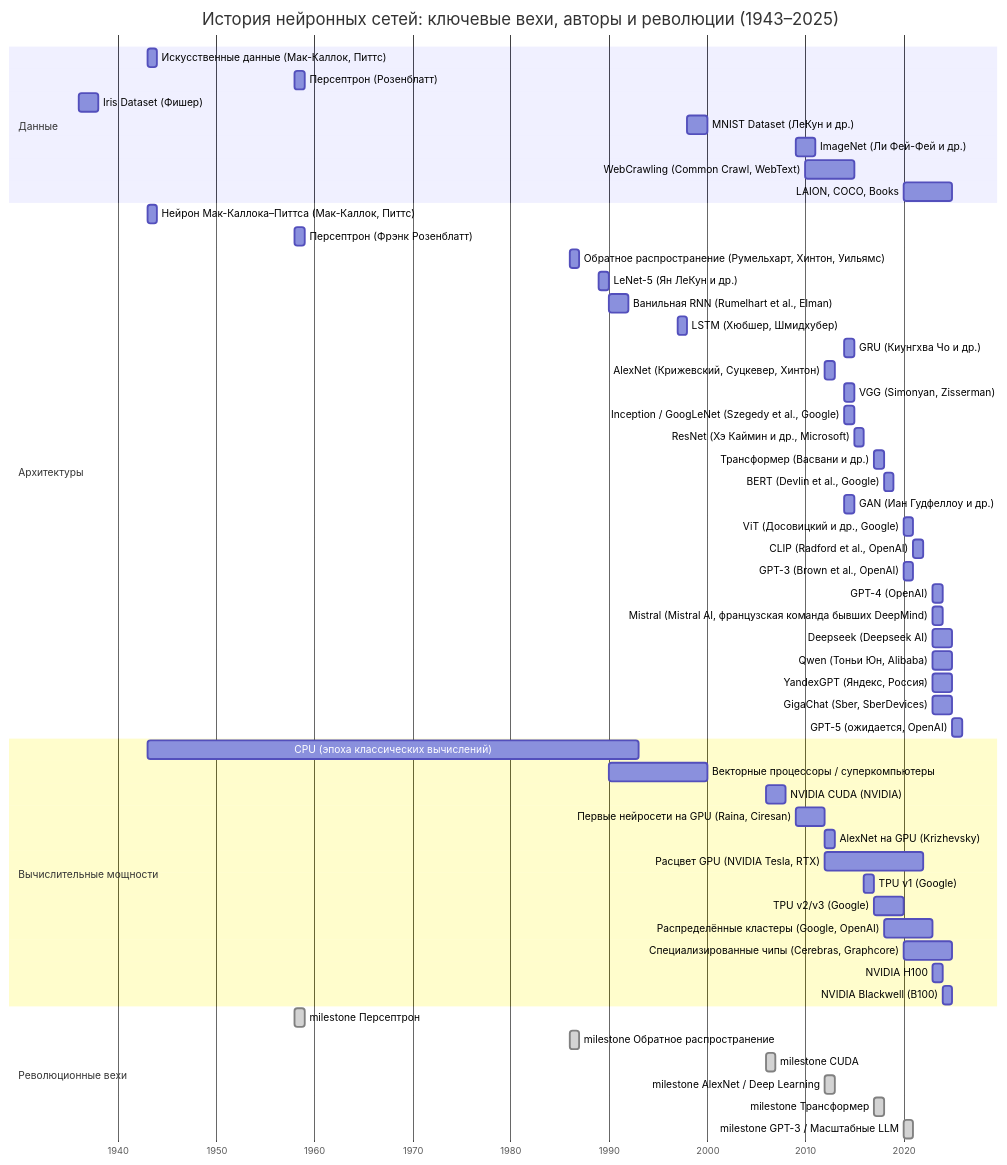
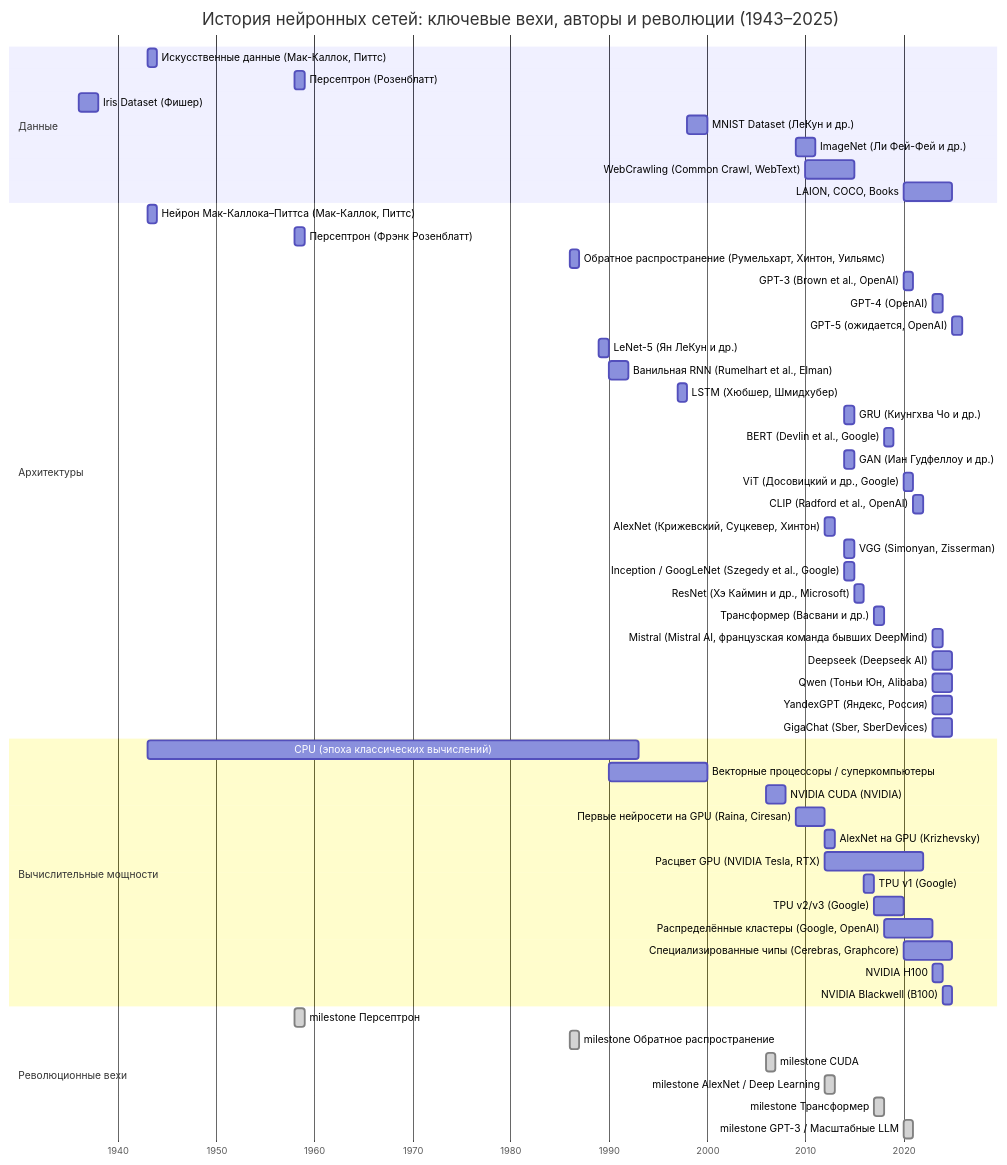
One commit to dayekb/markdown_mermaid_test changed the diagram in mermaid/gant_1.md. Above: the diagram before and after it, drawn with Mermaid.

````diff
--- a/mermaid/gant_1.md
+++ b/mermaid/gant_1.md
@@ -1,65 +1,69 @@
 ```mermaid 
 
 
 gantt
     title История нейронных сетей: ключевые вехи, авторы и революции (1943–2025)
     dateFormat  YYYY
     axisFormat %Y
     section Данные
     Искусственные данные (Мак-Каллок, Питтс) : 1943, 1y
     Персептрон (Розенблатт) : 1958, 1y
     Iris Dataset (Фишер) : 1936, 2y
     MNIST Dataset (ЛеКун и др.) : 1998, 2y
     ImageNet (Ли Фей-Фей и др.) : 2009, 2y
     WebCrawling (Common Crawl, WebText) : 2010, 5y
     LAION, COCO, Books : 2020, 5y
 
     section Архитектуры
     Нейрон Мак-Каллока–Питтса (Мак-Каллок, Питтс) : 1943, 1y
     Персептрон (Фрэнк Розенблатт) : 1958, 1y
     Обратное распространение (Румельхарт, Хинтон, Уильямс) : 1986, 1y
+    GPT-3 (Brown et al., OpenAI) : 2020, 1y
+    GPT-4 (OpenAI) : 2023, 1y
+    GPT-5 (ожидается, OpenAI) : 2025, 1y
     LeNet-5 (Ян ЛеКун и др.) : 1989, 1y
     Ванильная RNN (Rumelhart et al., Elman) : 1990, 2y
     LSTM (Хюбшер, Шмидхубер) : 1997, 1y
     GRU (Киунгхва Чо и др.) : 2014, 1y
+
+    BERT (Devlin et al., Google) : 2018, 1y
+    GAN (Иан Гудфеллоу и др.) : 2014, 1y
+    ViT (Досовицкий и др., Google) : 2020, 1y
+    CLIP (Radford et al., OpenAI) : 2021, 1y
     AlexNet (Крижевский, Суцкевер, Хинтон) : 2012, 1y
     VGG (Simonyan, Zisserman) : 2014, 1y
     Inception / GoogLeNet (Szegedy et al., Google) : 2014, 1y
     ResNet (Хэ Каймин и др., Microsoft) : 2015, 1y
     Трансформер (Васвани и др.) : 2017, 1y
-    BERT (Devlin et al., Google) : 2018, 1y
-    GAN (Иан Гудфеллоу и др.) : 2014, 1y
-    ViT (Досовицкий и др., Google) : 2020, 1y
-    CLIP (Radford et al., OpenAI) : 2021, 1y
-    GPT-3 (Brown et al., OpenAI) : 2020, 1y
-    GPT-4 (OpenAI) : 2023, 1y
+
+
     Mistral (Mistral AI, французская команда бывших DeepMind) : 2023, 1y
     Deepseek (Deepseek AI) : 2023, 2y
     Qwen (Тоньи Юн, Alibaba) : 2023, 2y
     YandexGPT (Яндекс, Россия) : 2023, 2y
     GigaChat (Sber, SberDevices) : 2023, 2y
-    GPT-5 (ожидается, OpenAI) : 2025, 1y
+
 
     section Вычислительные мощности
     CPU (эпоха классических вычислений) : 1943, 50y
     Векторные процессоры / суперкомпьютеры : 1990, 10y
     NVIDIA CUDA (NVIDIA) : 2006, 2y
     Первые нейросети на GPU (Raina, Ciresan) : 2009, 3y
     AlexNet на GPU (Krizhevsky) : 2012, 1y
     Расцвет GPU (NVIDIA Tesla, RTX) : 2012, 10y
     TPU v1 (Google) : 2016, 1y
     TPU v2/v3 (Google) : 2017, 3y
     Распределённые кластеры (Google, OpenAI) : 2018, 5y
     Специализированные чипы (Cerebras, Graphcore) : 2020, 5y
     NVIDIA H100 : 2023, 1y
     NVIDIA Blackwell (B100) : 2024, 1y
 
     section Революционные вехи
     milestone Персептрон : done, 1958, 1y
     milestone Обратное распространение : done, 1986, 1y
     milestone CUDA : done, 2006, 1y
     milestone AlexNet / Deep Learning : done, 2012, 1y
     milestone Трансформер : done, 2017, 1y
     milestone GPT-3 / Масштабные LLM : done, 2020, 1y
 
 ```
````
